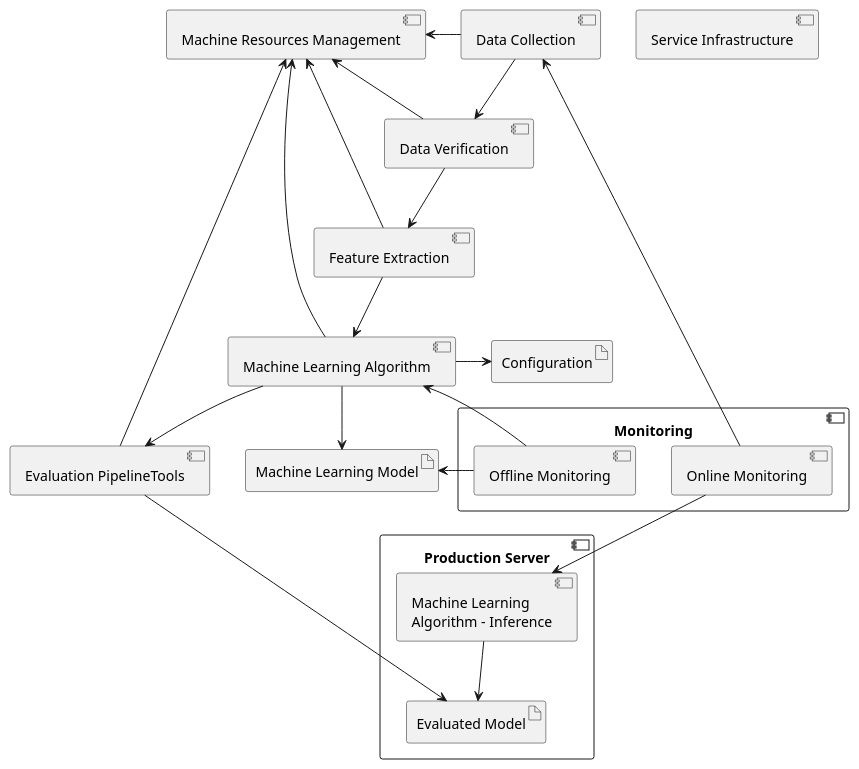
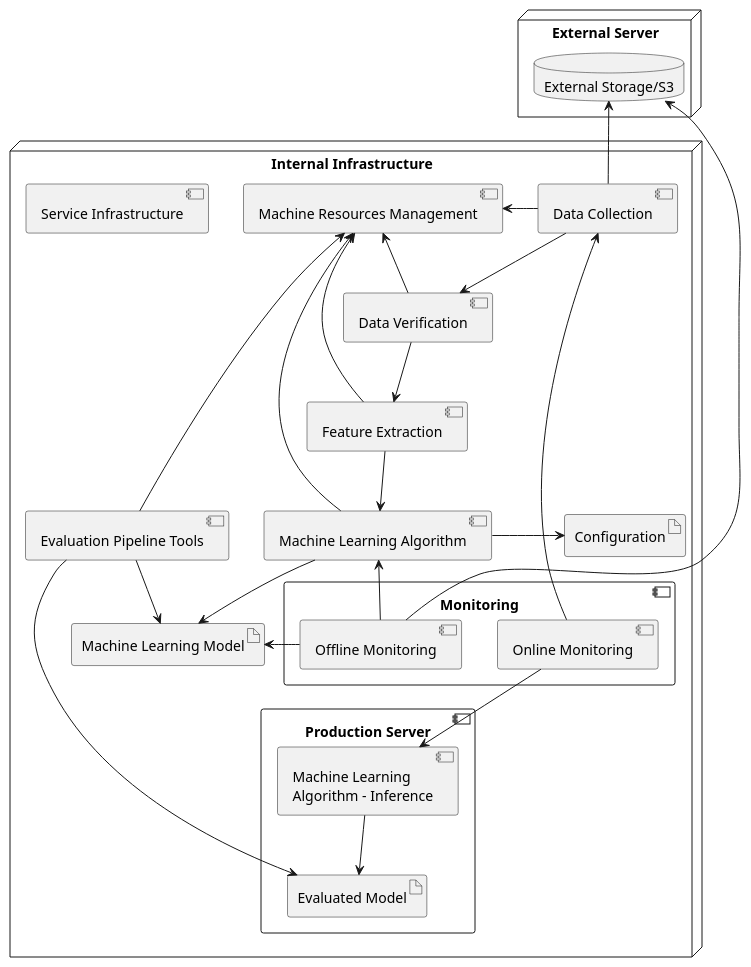
One commit to parham075/Sleep-stage-classification changed the diagram in docs/diagrams/src/components.puml. Above: the diagram before and after it, drawn with PlantUML.

Commit message:
feat: improved schema by adding the external S3 fix: Evaluation Pipeline Tools works on Machine Learning Model

```diff
--- a/docs/diagrams/src/components.puml
+++ b/docs/diagrams/src/components.puml
@@ -1,48 +1,55 @@
 @startuml
 
-component "Data Collection" as datacoll
-component "Feature Extraction" as fex
-component "Monitoring" as monitoring {
-  component "Online Monitoring" as online_monitor
-  component "Offline Monitoring" as offline_monitor
-}
-component "Data Verification" as dataver
-component "Machine Learning Algorithm" as mlalgo
-artifact "Machine Learning Model" as mlmod
-
-component "Evaluation PipelineTools" as evalpipe
-artifact "Configuration" as config
-component "Machine Resources Management" as mantools
-' mterraform
-component "Service Infrastructure" as infra
-
-component "Production Server" as server {
-  artifact "Evaluated Model" as evamod
-  
-  component "Machine Learning\nAlgorithm - Inference" as mlalgoi
+node "External Server" {
+  database "External Storage/S3" as s3
 }
 
+node "Internal Infrastructure" {
+  component "Data Collection" as datacoll
+  component "Feature Extraction" as fex
+  component "Monitoring" as monitoring {
+    component "Online Monitoring" as online_monitor
+    component "Offline Monitoring" as offline_monitor
+  }
+  component "Data Verification" as dataver
+  component "Machine Learning Algorithm" as mlalgo
+  artifact "Machine Learning Model" as mlmod
+
+  component "Evaluation Pipeline Tools" as evalpipe
+  artifact "Configuration" as config
+  component "Machine Resources Management" as mantools
+  ' mterraform
+  component "Service Infrastructure" as infra
+
+  component "Production Server" as server {
+    artifact "Evaluated Model" as evamod
+    component "Machine Learning\nAlgorithm - Inference" as mlalgoi
+  }
+}
+
+datacoll -u-> s3
 datacoll -d-> dataver
 dataver -d-> fex
 fex -d-> mlalgo
 mlalgo -d-> mlmod
-mlalgo -d-> evalpipe
 mlalgo -r-> config
 
+evalpipe --> mlmod
 evalpipe -d-> evamod
 
+offline_monitor -u-> s3
 offline_monitor -u-> mlalgo
 offline_monitor -u-> mlmod
 
 mlalgoi --> evamod
 online_monitor --> mlalgoi
 online_monitor --> datacoll
 
 ' Monitoring
 datacoll -l-> mantools
 dataver -l-> mantools
 fex -l-> mantools
 mlalgo -l-> mantools
 evalpipe -l-> mantools
 
 @enduml
```
